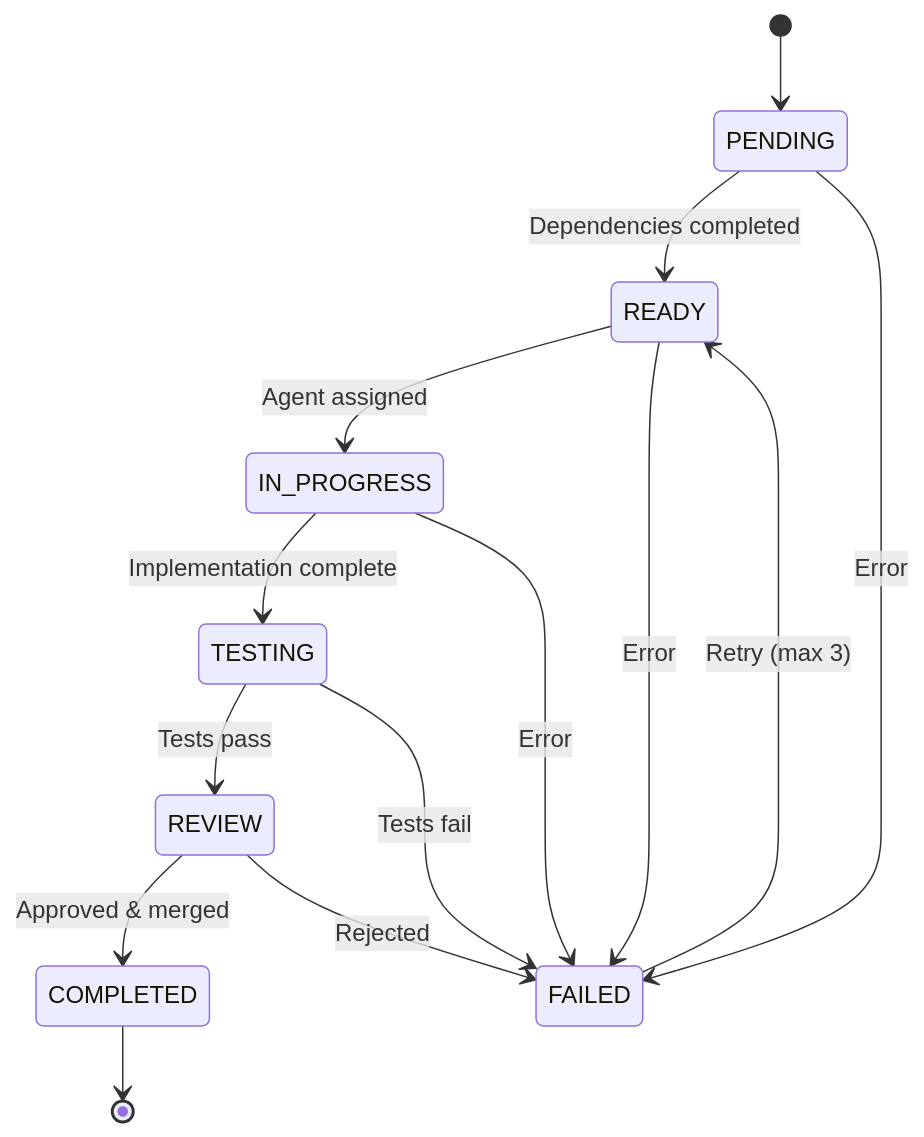
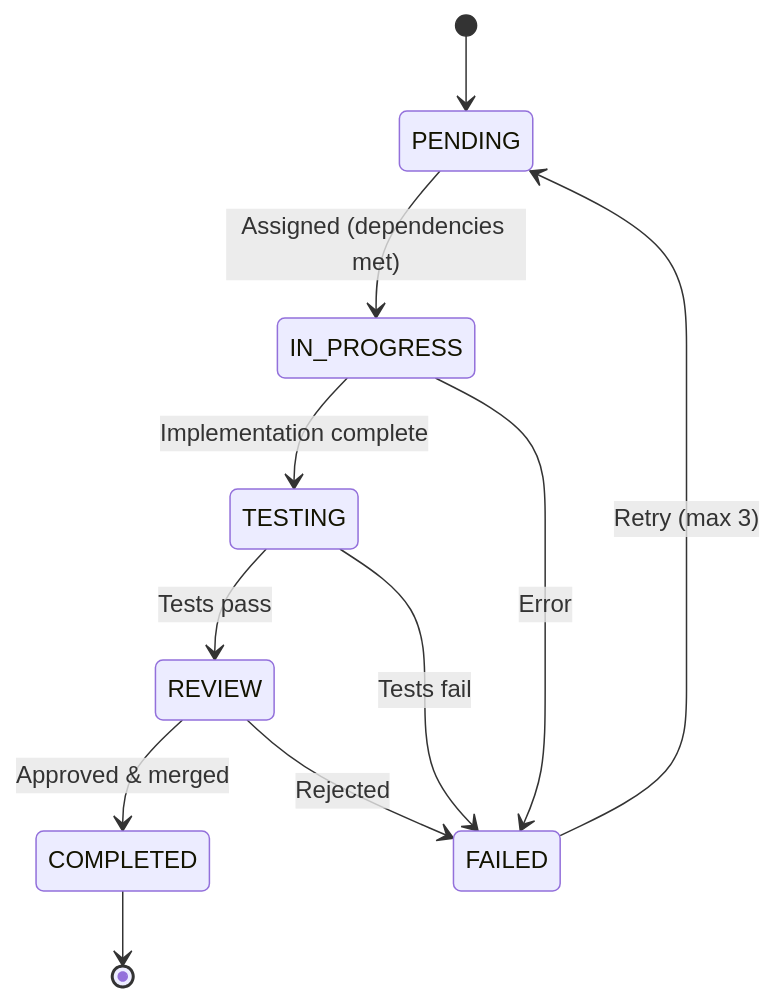
The second of 5 diagrams in SPEC.md (dbyrne/auto-godot), drawn with Mermaid before and after one commit. The commit also changed other lines of this file, not shown here.

First line of the commit message:
Make READY a calculated state, not persisted

````diff
--- a/SPEC.md
+++ b/SPEC.md
@@ -324,18 +324,15 @@
 ```mermaid
 stateDiagram-v2
     [*] --> PENDING
-    PENDING --> READY: Dependencies completed
-    READY --> IN_PROGRESS: Agent assigned
+    PENDING --> IN_PROGRESS: Assigned (dependencies met)
     IN_PROGRESS --> TESTING: Implementation complete
     TESTING --> REVIEW: Tests pass
     REVIEW --> COMPLETED: Approved & merged
     COMPLETED --> [*]
 
-    PENDING --> FAILED: Error
-    READY --> FAILED: Error
     IN_PROGRESS --> FAILED: Error
     TESTING --> FAILED: Tests fail
     REVIEW --> FAILED: Rejected
 
-    FAILED --> READY: Retry (max 3)
+    FAILED --> PENDING: Retry (max 3)
 ```
````
